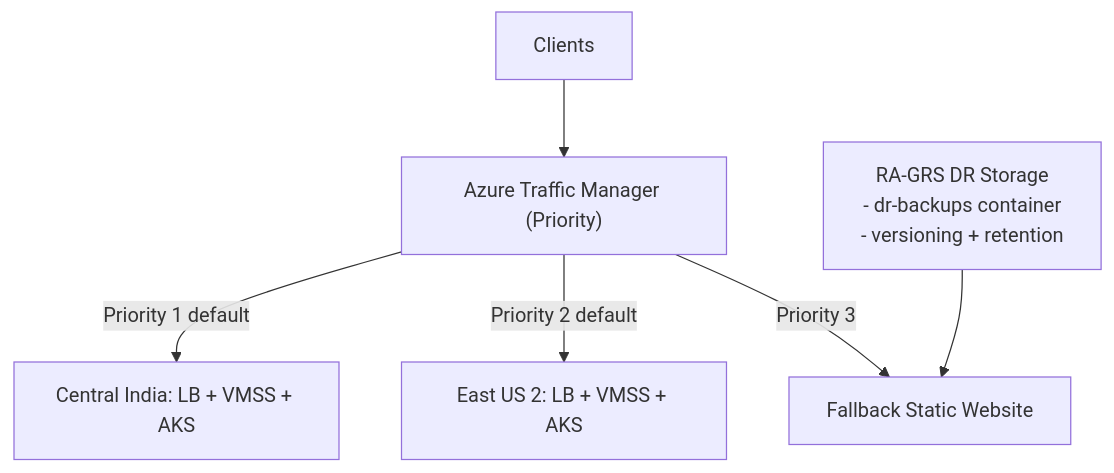
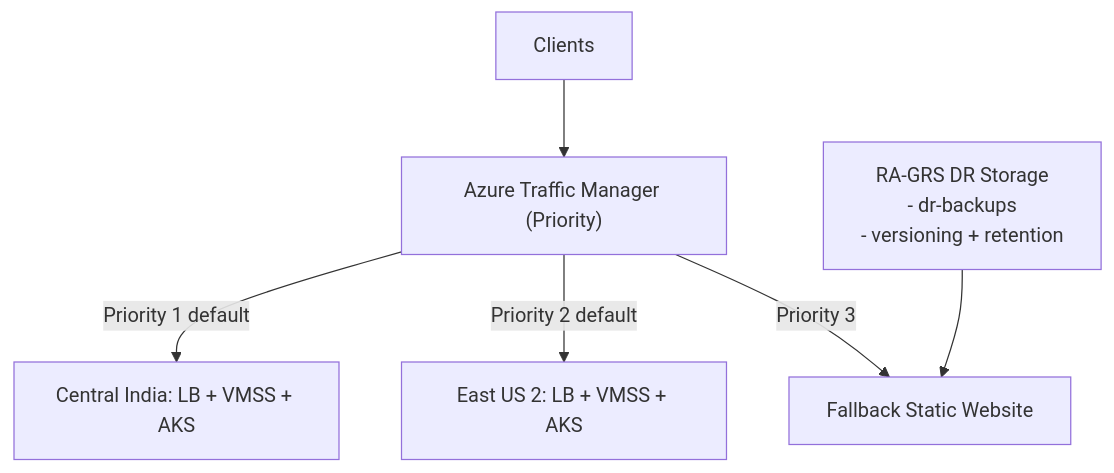
Before and after one commit to anjan-tummalapalli/terraform-azure-multi-region-ha: the diagram in terraform-azure-multi-region-ha/README.md, drawn with Mermaid. The commit also changed other lines of this file and 26 other files, not shown here.

````diff
--- a/terraform-azure-multi-region-ha/README.md
+++ b/terraform-azure-multi-region-ha/README.md
@@ -60,9 +65,9 @@
 ```mermaid
 flowchart TD
     C["Clients"] --> TM["Azure Traffic Manager (Priority)"]
     TM -->|Priority 1 default| IN["Central India: LB + VMSS + AKS"]
     TM -->|Priority 2 default| US["East US 2: LB + VMSS + AKS"]
     TM -->|Priority 3| FB["Fallback Static Website"]
 
-    DR["RA-GRS DR Storage\n- dr-backups container\n- versioning + retention"] --> FB
+    DR["RA-GRS DR Storage\n- dr-backups\n- versioning + retention"] --> FB
 ```
````
